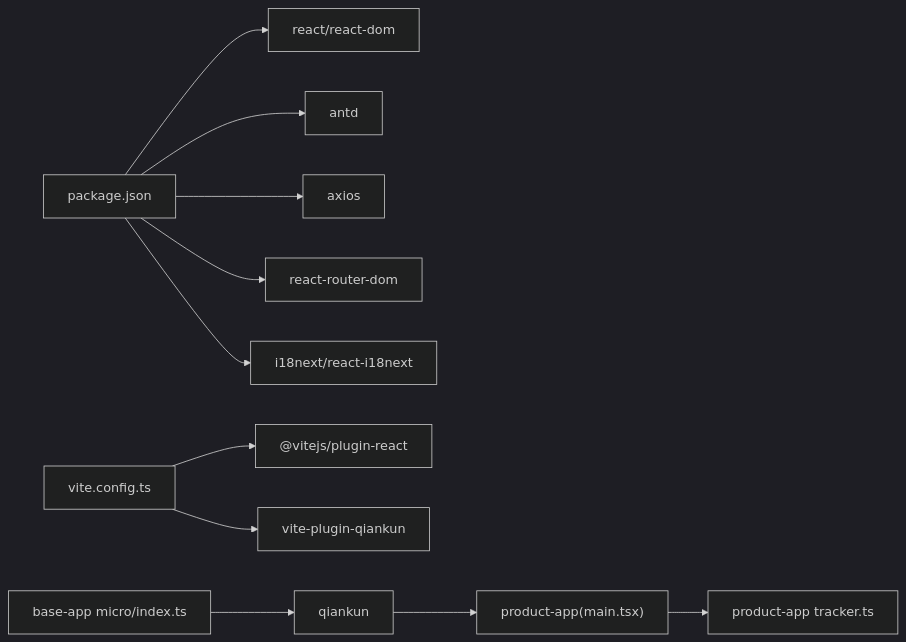
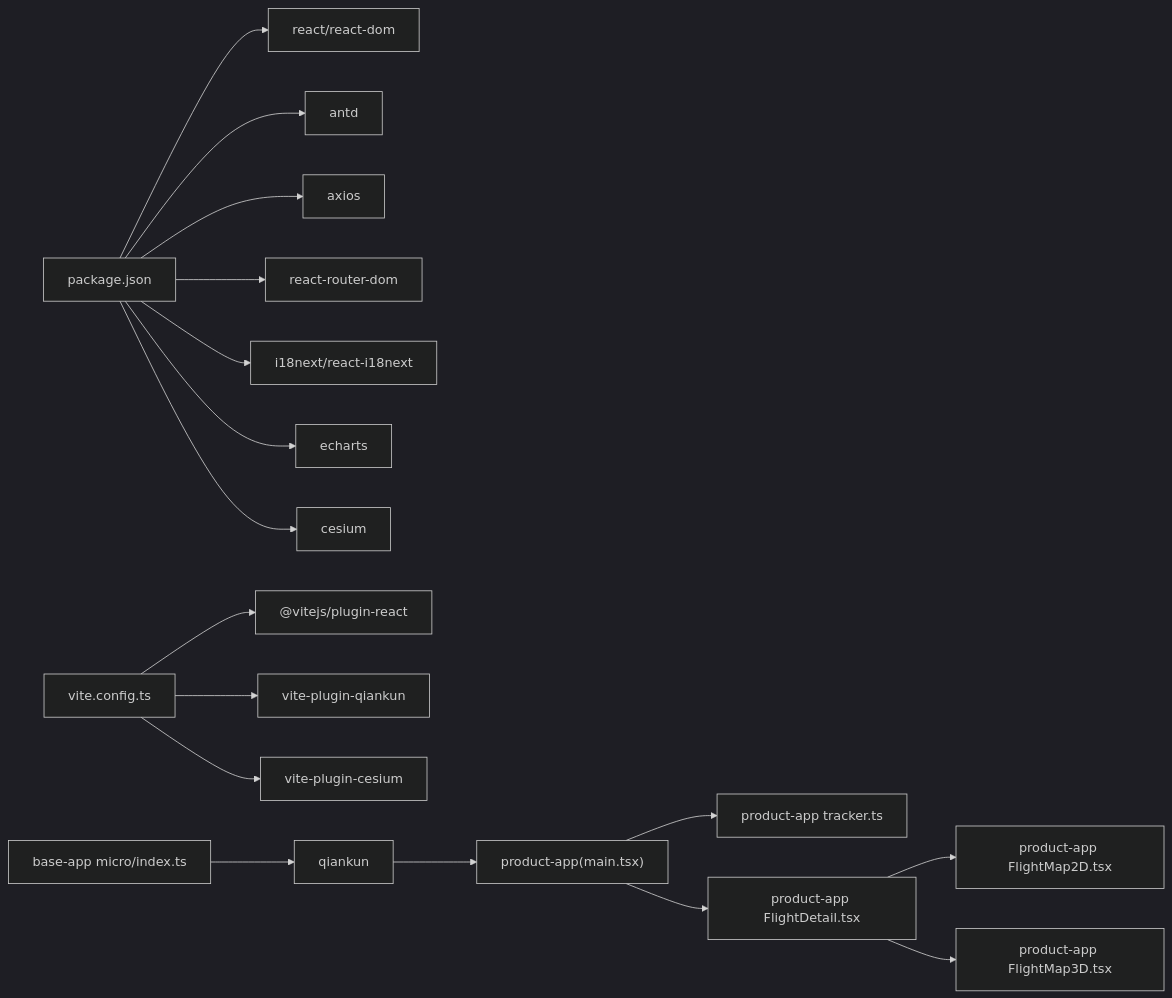
The tenth of 10 diagrams in .qoder/repowiki/zh/content/前端架构设计/商品子应用(product-app)/商品子应用(product-app).md (haohailiang/qoder-fullstack), drawn with Mermaid (dark theme) before and after one commit. The commit also changed other lines of this file and 45 other files, not shown here.

````diff
--- a/.qoder/repowiki/zh/content/前端架构设计/商品子应用(product-app)/商品子应用(product-app).md
+++ b/.qoder/repowiki/zh/content/前端架构设计/商品子应用(product-app)/商品子应用(product-app).md
@@ -427,13 +514,19 @@
 ```mermaid
 graph LR
 Pkg["package.json"] --> R["react/react-dom"]
 Pkg --> A["antd"]
 Pkg --> X["axios"]
 Pkg --> RR["react-router-dom"]
 Pkg --> I["i18next/react-i18next"]
+Pkg --> E["echarts"]
+Pkg --> C["cesium"]
 V["vite.config.ts"] --> VP["@vitejs/plugin-react"]
 V --> QP["vite-plugin-qiankun"]
+V --> CP["vite-plugin-cesium"]
 BA["base-app micro/index.ts"] --> Q["qiankun"]
 Q --> PA["product-app(main.tsx)"]
 PA --> TR["product-app tracker.ts"]
+PA --> FD["product-app FlightDetail.tsx"]
+FD --> FM2D["product-app FlightMap2D.tsx"]
+FD --> FM3D["product-app FlightMap3D.tsx"]
 ```
````
